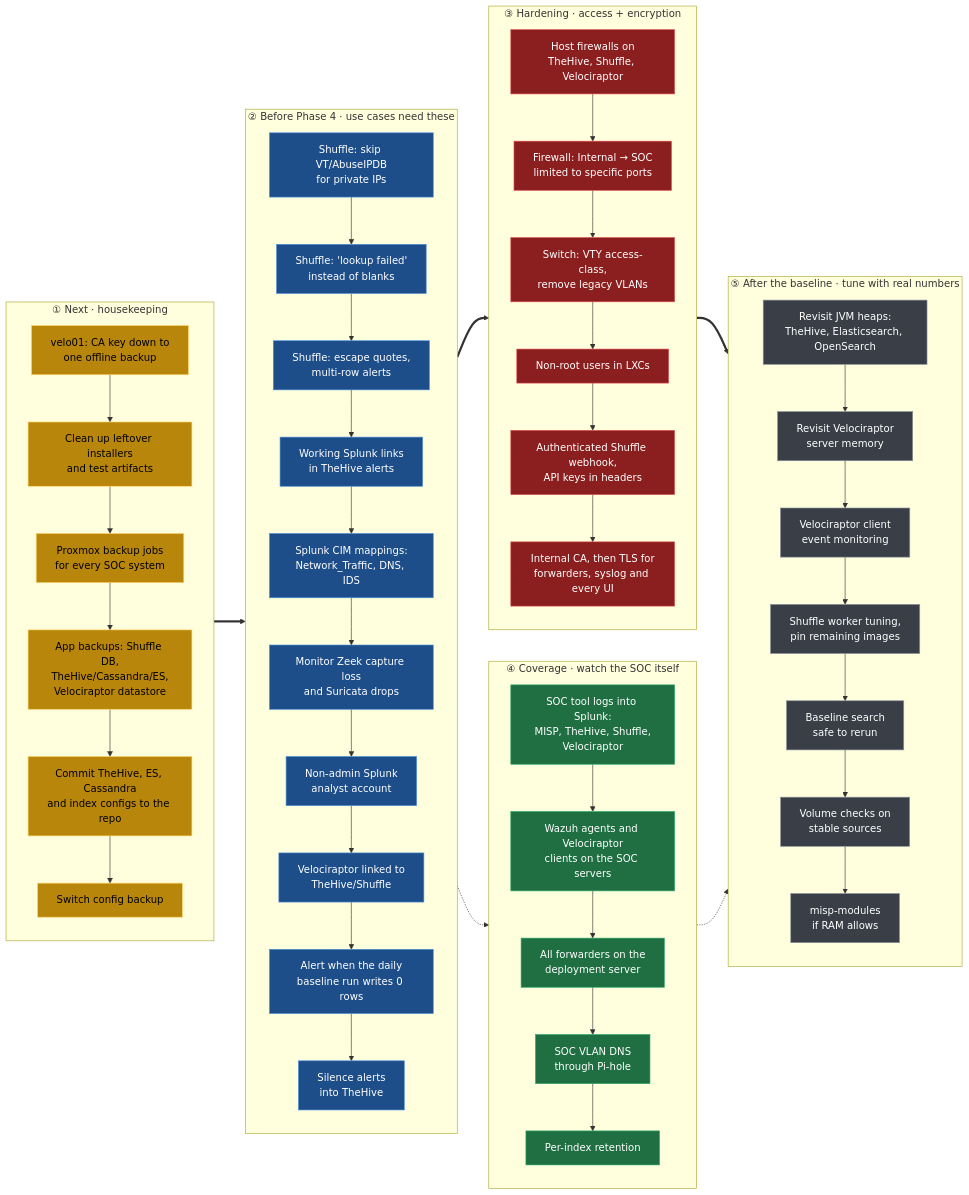
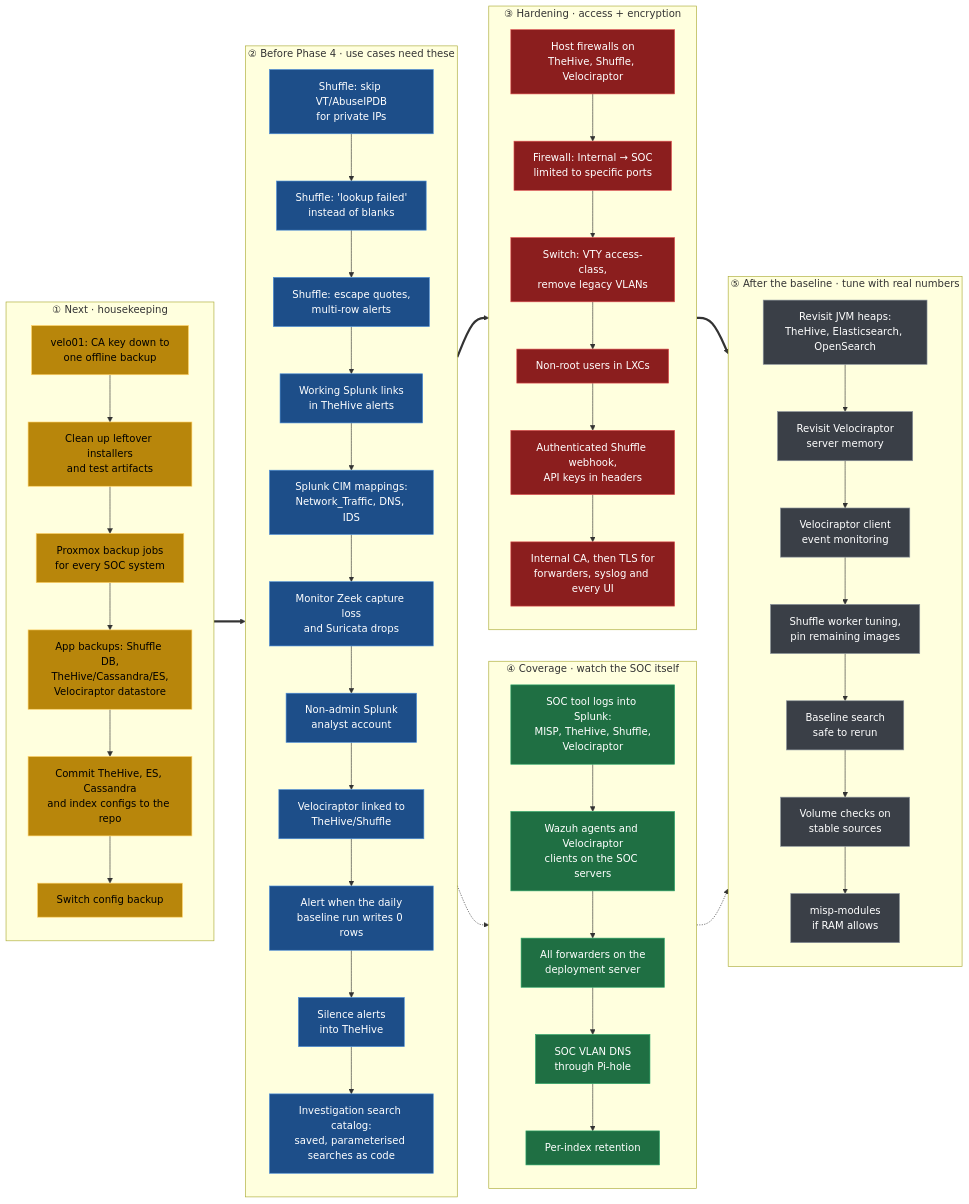
The third of 3 diagrams in 00-START-HERE-Build-Log/ROADMAP.md (caleb57912/SOC-Homelab), drawn with Mermaid before and after one commit. The commit also changed other lines of this file and 26 other files, not shown here.

````diff
--- a/00-START-HERE-Build-Log/ROADMAP.md
+++ b/00-START-HERE-Build-Log/ROADMAP.md
@@ -73,77 +74,78 @@
 ```mermaid
 flowchart LR
     subgraph T1["① Next · housekeeping"]
         direction TB
         a1["velo01: CA key down to<br/>one offline backup"]
         a2["Clean up leftover installers<br/>and test artifacts"]
         a3["Proxmox backup jobs<br/>for every SOC system"]
         a4["App backups: Shuffle DB,<br/>TheHive/Cassandra/ES,<br/>Velociraptor datastore"]
         a5["Commit TheHive, ES, Cassandra<br/>and index configs to the repo"]
         a6["Switch config backup"]
         a1 --> a2 --> a3 --> a4 --> a5 --> a6
     end
 
     subgraph T2["② Before Phase 4 · use cases need these"]
         direction TB
         b1["Shuffle: skip VT/AbuseIPDB<br/>for private IPs"]
         b2["Shuffle: 'lookup failed'<br/>instead of blanks"]
         b3["Shuffle: escape quotes,<br/>multi-row alerts"]
         b4["Working Splunk links<br/>in TheHive alerts"]
         b5["Splunk CIM mappings:<br/>Network_Traffic, DNS, IDS"]
         b6["Monitor Zeek capture loss<br/>and Suricata drops"]
         b7["Non-admin Splunk<br/>analyst account"]
         b8["Velociraptor linked to<br/>TheHive/Shuffle"]
         b9["Alert when the daily<br/>baseline run writes 0 rows"]
         b10["Silence alerts<br/>into TheHive"]
-        b1 --> b2 --> b3 --> b4 --> b5 --> b6 --> b7 --> b8 --> b9 --> b10
+        b11["Investigation search catalog:<br/>saved, parameterised searches as code"]
+        b1 --> b2 --> b3 --> b4 --> b5 --> b6 --> b7 --> b8 --> b9 --> b10 --> b11
     end
 
     subgraph T3["③ Hardening · access + encryption"]
         direction TB
         c1["Host firewalls on<br/>TheHive, Shuffle, Velociraptor"]
         c2["Firewall: Internal → SOC<br/>limited to specific ports"]
         c3["Switch: VTY access-class,<br/>remove legacy VLANs"]
         c4["Non-root users in LXCs"]
         c5["Authenticated Shuffle webhook,<br/>API keys in headers"]
         c6["Internal CA, then TLS for<br/>forwarders, syslog and every UI"]
         c1 --> c2 --> c3 --> c4 --> c5 --> c6
     end
 
     subgraph T4["④ Coverage · watch the SOC itself"]
         direction TB
         d1["SOC tool logs into Splunk:<br/>MISP, TheHive, Shuffle,<br/>Velociraptor"]
         d2["Wazuh agents and Velociraptor<br/>clients on the SOC servers"]
         d3["All forwarders on the<br/>deployment server"]
         d4["SOC VLAN DNS<br/>through Pi-hole"]
         d5["Per-index retention"]
         d1 --> d2 --> d3 --> d4 --> d5
     end
 
     subgraph T5["⑤ After the baseline · tune with real numbers"]
         direction TB
         e1["Revisit JVM heaps:<br/>TheHive, Elasticsearch, OpenSearch"]
         e2["Revisit Velociraptor<br/>server memory"]
         e3["Velociraptor client<br/>event monitoring"]
         e4["Shuffle worker tuning,<br/>pin remaining images"]
         e5["Baseline search<br/>safe to rerun"]
         e6["Volume checks on<br/>stable sources"]
         e7["misp-modules<br/>if RAM allows"]
         e1 --> e2 --> e3 --> e4 --> e5 --> e6 --> e7
     end
 
     T1 ==> T2 ==> T3
     T2 -.-> T4
     T3 ==> T5
     T4 -.-> T5
 
     classDef now fill:#b8860b,stroke:#ffd166,color:#000000
     classDef pre fill:#1d4e89,stroke:#4c8ed9,color:#ffffff
     classDef hard fill:#8b1e1e,stroke:#e05252,color:#ffffff
     classDef cov fill:#1f6f43,stroke:#2ea86b,color:#ffffff
     classDef tune fill:#3a3f47,stroke:#8a929c,color:#ffffff
     class a1,a2,a3,a4,a5,a6 now
-    class b1,b2,b3,b4,b5,b6,b7,b8,b9,b10 pre
+    class b1,b2,b3,b4,b5,b6,b7,b8,b9,b10,b11 pre
     class c1,c2,c3,c4,c5,c6 hard
     class d1,d2,d3,d4,d5 cov
     class e1,e2,e3,e4,e5,e6,e7 tune
 ```
````
